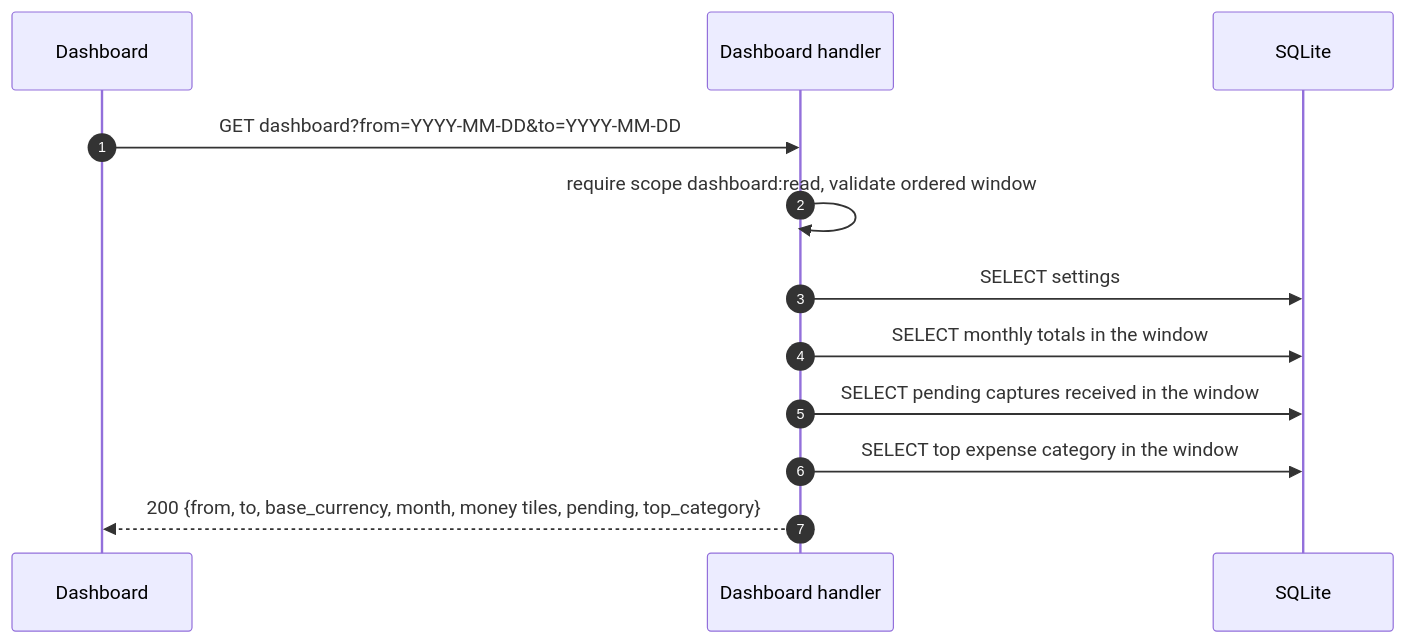
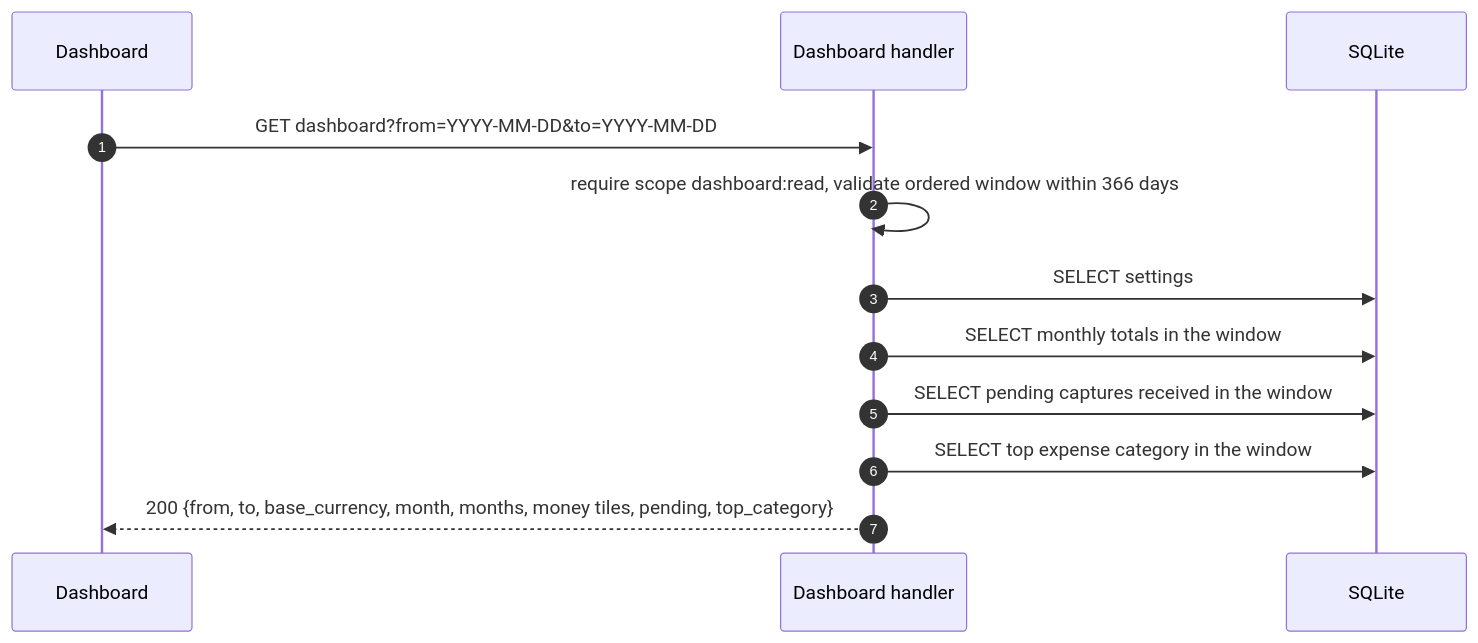
Diagram 17 of 20 in docs/v2-api.md (dimasbaguspm/spenicle), drawn with Mermaid before and after one commit. The commit also changed other lines of this file and 8 other files, not shown here.

````diff
--- a/docs/v2-api.md
+++ b/docs/v2-api.md
@@ -882,14 +882,14 @@
 ```mermaid
 sequenceDiagram
     autonumber
     participant UI as Dashboard
     participant API as Dashboard handler
     participant DB as SQLite
     UI->>API: GET dashboard?from=YYYY-MM-DD&to=YYYY-MM-DD
-    API->>API: require scope dashboard:read, validate ordered window
+    API->>API: require scope dashboard:read, validate ordered window within 366 days
     API->>DB: SELECT settings
     API->>DB: SELECT monthly totals in the window
     API->>DB: SELECT pending captures received in the window
     API->>DB: SELECT top expense category in the window
-    API-->>UI: 200 {from, to, base_currency, month, money tiles, pending, top_category}
+    API-->>UI: 200 {from, to, base_currency, month, months, money tiles, pending, top_category}
 ```
````
